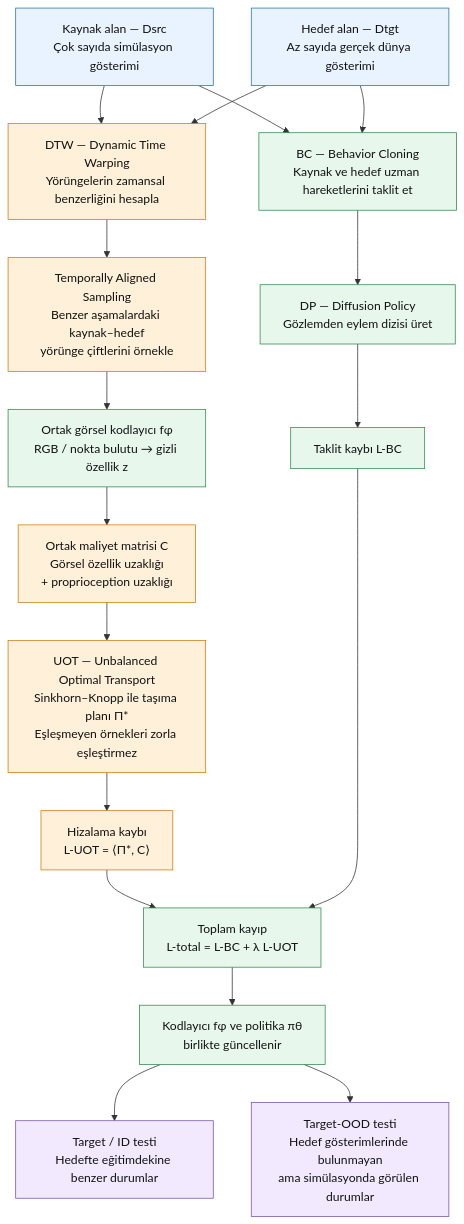
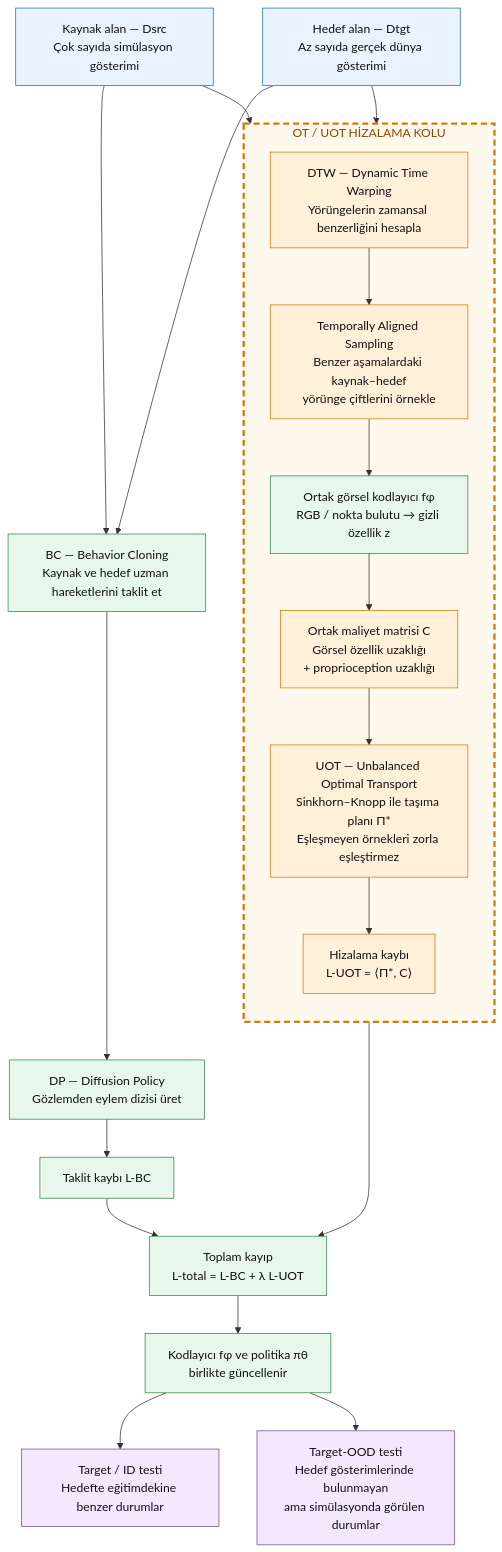
One commit to burhanbarakli/gda-single-task-reproduction changed the first of 2 diagrams in gda-stack-table-wood-sonuclari/GDA-MAKALE-AKISI-VE-YONTEMLER.md. Above: the diagram before and after it, drawn with Mermaid. The commit also changed other lines of this file and 1 other file, not shown here.

Commit message:
Highlight OT branch in GDA flow

````diff
--- a/gda-stack-table-wood-sonuclari/GDA-MAKALE-AKISI-VE-YONTEMLER.md
+++ b/gda-stack-table-wood-sonuclari/GDA-MAKALE-AKISI-VE-YONTEMLER.md
@@ -10,39 +10,42 @@
 ```mermaid
 flowchart TB
     SRC["Kaynak alan — Dsrc<br/>Çok sayıda simülasyon gösterimi"]
     TGT["Hedef alan — Dtgt<br/>Az sayıda gerçek dünya gösterimi"]
 
     SRC --> DTW
     TGT --> DTW
 
-    DTW["DTW — Dynamic Time Warping<br/>Yörüngelerin zamansal benzerliğini hesapla"]
-    DTW --> TAS["Temporally Aligned Sampling<br/>Benzer aşamalardaki kaynak–hedef<br/>yörünge çiftlerini örnekle"]
-
-    TAS --> ENC["Ortak görsel kodlayıcı fφ<br/>RGB / nokta bulutu → gizli özellik z"]
-    ENC --> COST["Ortak maliyet matrisi C<br/>Görsel özellik uzaklığı<br/>+ proprioception uzaklığı"]
-    COST --> UOT["UOT — Unbalanced Optimal Transport<br/>Sinkhorn–Knopp ile taşıma planı Π*<br/>Eşleşmeyen örnekleri zorla eşleştirmez"]
-    UOT --> LOT["Hizalama kaybı<br/>L-UOT = ⟨Π*, C⟩"]
+    subgraph OTBRANCH["OT / UOT HİZALAMA KOLU"]
+        direction TB
+        DTW["DTW — Dynamic Time Warping<br/>Yörüngelerin zamansal benzerliğini hesapla"]
+        DTW --> TAS["Temporally Aligned Sampling<br/>Benzer aşamalardaki kaynak–hedef<br/>yörünge çiftlerini örnekle"]
+        TAS --> ENC["Ortak görsel kodlayıcı fφ<br/>RGB / nokta bulutu → gizli özellik z"]
+        ENC --> COST["Ortak maliyet matrisi C<br/>Görsel özellik uzaklığı<br/>+ proprioception uzaklığı"]
+        COST --> UOT["UOT — Unbalanced Optimal Transport<br/>Sinkhorn–Knopp ile taşıma planı Π*<br/>Eşleşmeyen örnekleri zorla eşleştirmez"]
+        UOT --> LOT["Hizalama kaybı<br/>L-UOT = ⟨Π*, C⟩"]
+    end
 
     SRC --> BC
     TGT --> BC
     BC["BC — Behavior Cloning<br/>Kaynak ve hedef uzman hareketlerini taklit et"]
     BC --> DP["DP — Diffusion Policy<br/>Gözlemden eylem dizisi üret"]
     DP --> LBC["Taklit kaybı L-BC"]
 
     LOT --> TOTAL
     LBC --> TOTAL
     TOTAL["Toplam kayıp<br/>L-total = L-BC + λ L-UOT"]
     TOTAL --> UPDATE["Kodlayıcı fφ ve politika πθ<br/>birlikte güncellenir"]
 
     UPDATE --> ID["Target / ID testi<br/>Hedefte eğitimdekine benzer durumlar"]
     UPDATE --> OOD["Target-OOD testi<br/>Hedef gösterimlerinde bulunmayan<br/>ama simülasyonda görülen durumlar"]
 
     classDef data fill:#e8f3ff,stroke:#2574a9,color:#111;
     classDef align fill:#fff0d9,stroke:#d17b0f,color:#111;
     classDef learn fill:#e7f7ec,stroke:#318a4f,color:#111;
     classDef test fill:#f3e9ff,stroke:#7651a8,color:#111;
     class SRC,TGT data;
     class DTW,TAS,COST,UOT,LOT align;
     class ENC,BC,DP,LBC,TOTAL,UPDATE learn;
     class ID,OOD test;
+    style OTBRANCH fill:#fff8ed,stroke:#d17b0f,stroke-width:3px,stroke-dasharray:8 5,color:#8a4a00;
 ```
````
